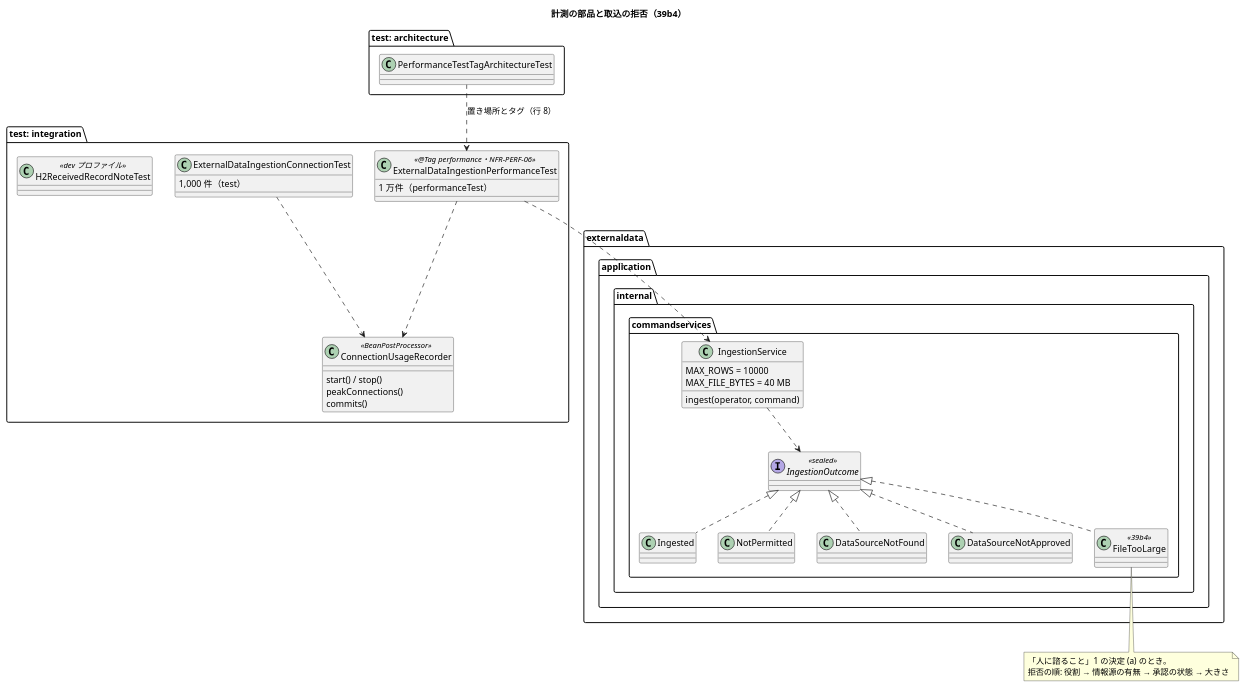
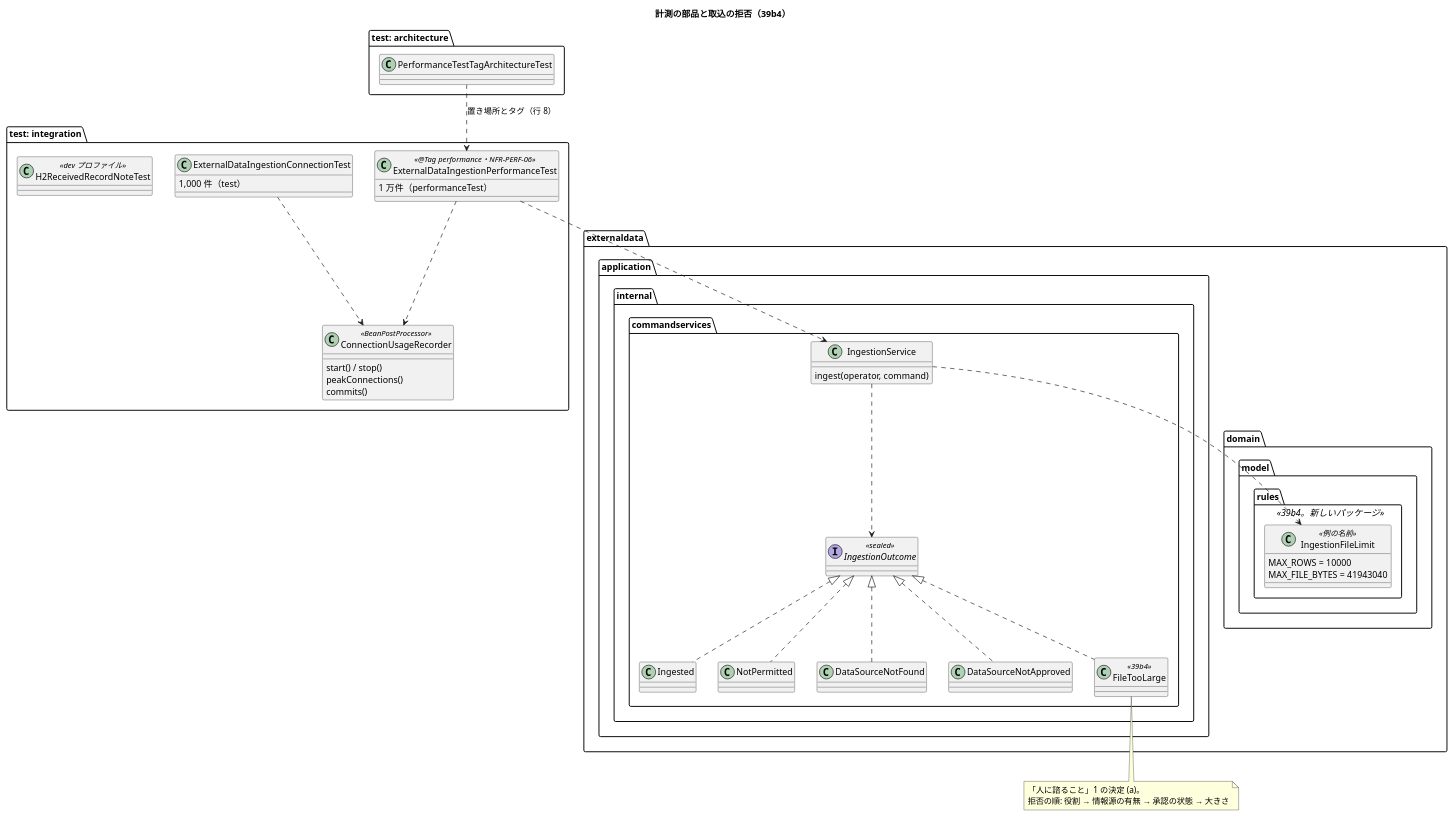
The second of 2 diagrams in docs/development/cargo-tracker/bolt_39b4_plan.md (k2works/practical-domain-driven-design-in-enterpris-application), drawn with PlantUML before and after one commit. The commit also changed other lines of this file and 2 other files, not shown here.

````diff
--- a/docs/development/cargo-tracker/bolt_39b4_plan.md
+++ b/docs/development/cargo-tracker/bolt_39b4_plan.md
@@ -174,49 +182,54 @@
 ```plantuml
 @startuml
 title 計測の部品と取込の拒否（39b4）
 package "externaldata.application.internal.commandservices" {
   interface IngestionOutcome <<sealed>>
   class Ingested
   class NotPermitted
   class DataSourceNotFound
   class DataSourceNotApproved
   class FileTooLarge <<39b4>>
   class IngestionService {
     ingest(operator, command)
+  }
+}
+package "externaldata.domain.model.rules" <<39b4。新しいパッケージ>> {
+  class IngestionFileLimit <<例の名前>> {
     MAX_ROWS = 10000
-    MAX_FILE_BYTES = 40 MB
+    MAX_FILE_BYTES = 41943040
   }
 }
 package "test: integration" {
   class ConnectionUsageRecorder <<BeanPostProcessor>> {
     start() / stop()
     peakConnections()
     commits()
   }
   class ExternalDataIngestionConnectionTest {
     1,000 件（test）
   }
   class ExternalDataIngestionPerformanceTest <<@Tag performance・NFR-PERF-06>> {
     1 万件（performanceTest）
   }
   class H2ReceivedRecordNoteTest <<dev プロファイル>>
 }
 package "test: architecture" {
   class PerformanceTestTagArchitectureTest
 }
 IngestionOutcome <|.. Ingested
 IngestionOutcome <|.. NotPermitted
 IngestionOutcome <|.. DataSourceNotFound
 IngestionOutcome <|.. DataSourceNotApproved
 IngestionOutcome <|.. FileTooLarge
 IngestionService ..> IngestionOutcome
+IngestionService ..> IngestionFileLimit
 ExternalDataIngestionConnectionTest ..> ConnectionUsageRecorder
 ExternalDataIngestionPerformanceTest ..> ConnectionUsageRecorder
 ExternalDataIngestionPerformanceTest ..> IngestionService
 PerformanceTestTagArchitectureTest ..> ExternalDataIngestionPerformanceTest : 置き場所とタグ（行 8）
 note bottom of FileTooLarge
-  「人に諮ること」1 の決定 (a) のとき。
+  「人に諮ること」1 の決定 (a)。
   拒否の順: 役割 → 情報源の有無 → 承認の状態 → 大きさ
 end note
 @enduml
 ```
````
